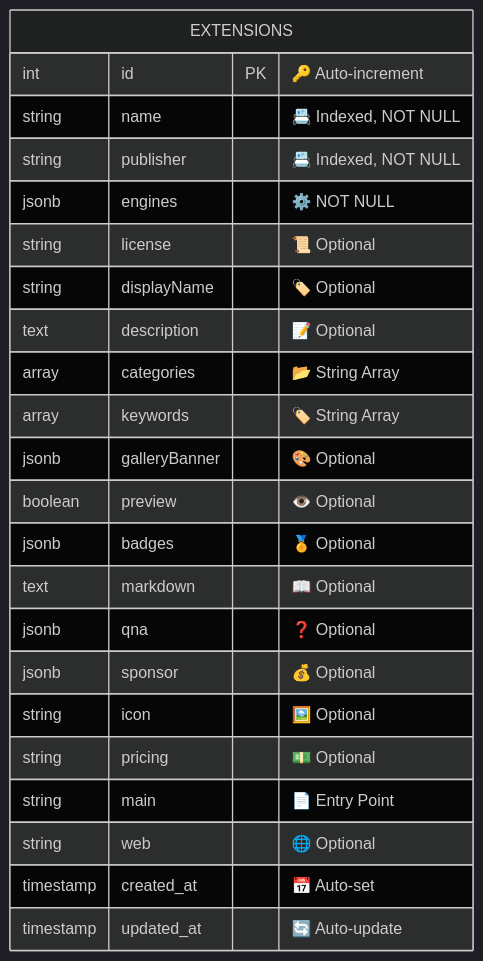
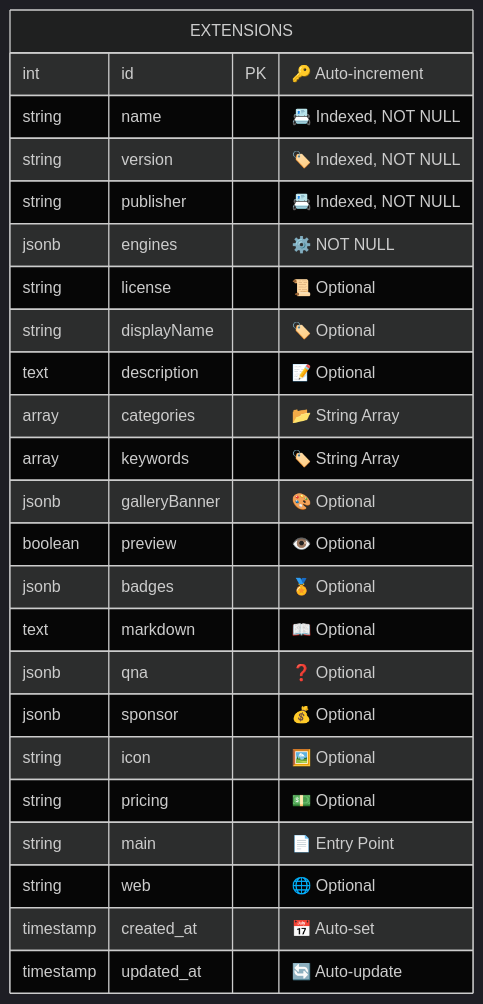
The eighth of 14 diagrams in ARCHITECTURE.md (Ekremunalytu/automation_enviroment), drawn with Mermaid before and after one commit. The commit also changed other lines of this file and 7 other files, not shown here.

````diff
--- a/ARCHITECTURE.md
+++ b/ARCHITECTURE.md
@@ -415,27 +415,28 @@
 ```mermaid
 %%{init: {'theme': 'dark', 'themeVariables': { 'background': '#0d1117', 'primaryColor': '#3b82f6', 'primaryTextColor': '#e6edf3', 'lineColor': '#818cf8', 'tertiaryColor': '#4f46e5', 'attributeBackgroundColorEven': '#161b22', 'attributeBackgroundColorOdd': '#21262d'}}}%%
 erDiagram
     EXTENSIONS {
         int id PK "🔑 Auto-increment"
         string name "📇 Indexed, NOT NULL"
+        string version "🏷️ Indexed, NOT NULL"
         string publisher "📇 Indexed, NOT NULL"
         jsonb engines "⚙️ NOT NULL"
         string license "📜 Optional"
         string displayName "🏷️ Optional"
         text description "📝 Optional"
         array categories "📂 String Array"
         array keywords "🏷️ String Array"
         jsonb galleryBanner "🎨 Optional"
         boolean preview "👁️ Optional"
         jsonb badges "🏅 Optional"
         text markdown "📖 Optional"
         jsonb qna "❓ Optional"
         jsonb sponsor "💰 Optional"
         string icon "🖼️ Optional"
         string pricing "💵 Optional"
         string main "📄 Entry Point"
         string web "🌐 Optional"
         timestamp created_at "📅 Auto-set"
         timestamp updated_at "🔄 Auto-update"
     }
 ```
````
